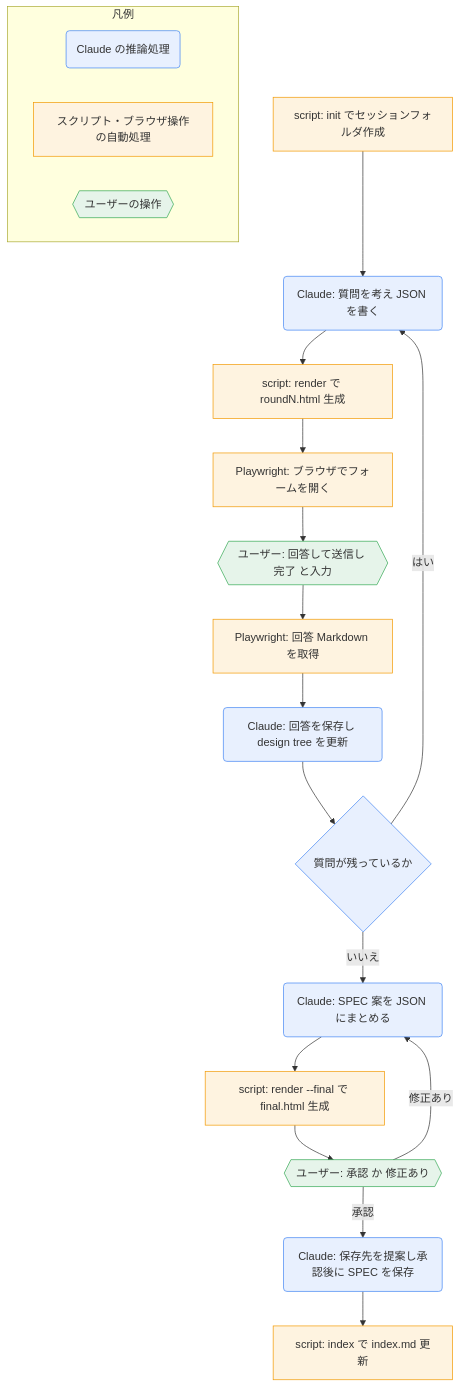
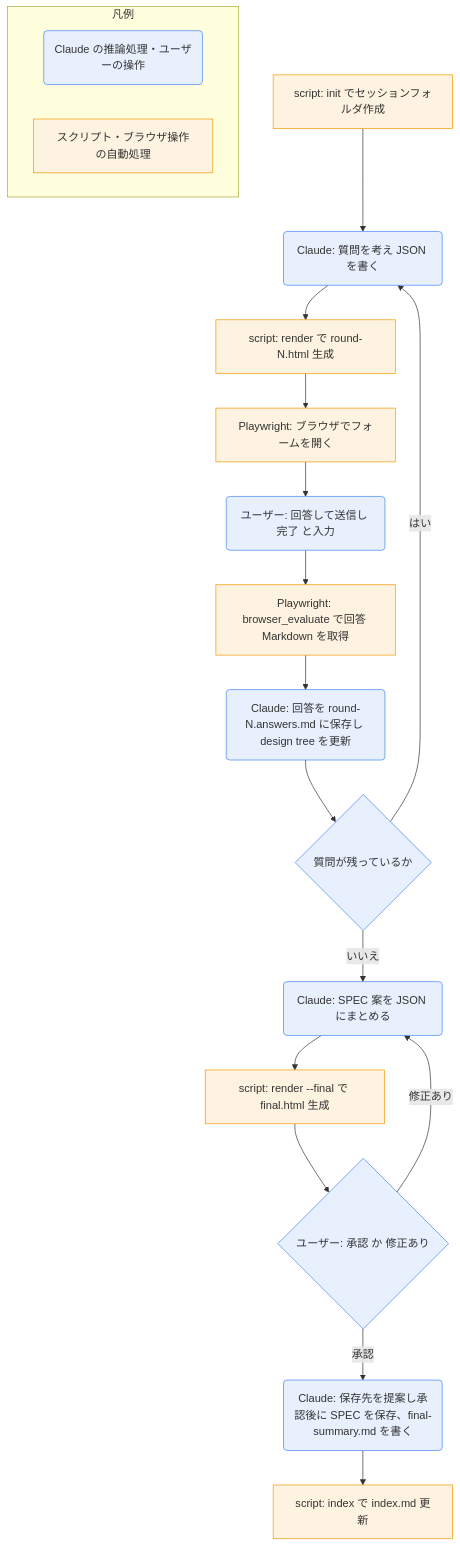
One commit to asama0101/obsidian-claude changed the diagram in 90_system/skill-docs/grilling-html.md. Above: the diagram before and after it, drawn with Mermaid. The commit also changed other lines of this file and 66 other files, not shown here.

````diff
--- a/90_system/skill-docs/grilling-html.md
+++ b/90_system/skill-docs/grilling-html.md
@@ -31,29 +33,25 @@
 ```mermaid
 flowchart TD
   S1[script: init でセッションフォルダ作成] --> T1(Claude: 質問を考え JSON を書く)
-  T1 --> S2[script: render で roundN.html 生成]
+  T1 --> S2[script: render で round-N.html 生成]
   S2 --> B1[Playwright: ブラウザでフォームを開く]
-  B1 --> U1{{ユーザー: 回答して送信し 完了 と入力}}
-  U1 --> B2[Playwright: 回答 Markdown を取得]
-  B2 --> T2(Claude: 回答を保存し design tree を更新)
+  B1 --> U1(ユーザー: 回答して送信し 完了 と入力)
+  U1 --> B2[Playwright: browser_evaluate で回答 Markdown を取得]
+  B2 --> T2(Claude: 回答を round-N.answers.md に保存し design tree を更新)
   T2 --> D1{質問が残っているか}
   D1 -- はい --> T1
   D1 -- いいえ --> T3(Claude: SPEC 案を JSON にまとめる)
   T3 --> S3[script: render --final で final.html 生成]
-  S3 --> U2{{ユーザー: 承認 か 修正あり}}
+  S3 --> U2{ユーザー: 承認 か 修正あり}
   U2 -- 修正あり --> T3
-  U2 -- 承認 --> T4(Claude: 保存先を提案し承認後に SPEC を保存)
+  U2 -- 承認 --> T4(Claude: 保存先を提案し承認後に SPEC を保存、final-summary.md を書く)
   T4 --> S4[script: index で index.md 更新]
-
   classDef ai fill:#e8f0fe,stroke:#4285f4
   classDef sc fill:#fef3e0,stroke:#f29900
-  classDef us fill:#e6f4ea,stroke:#34a853
-  class T1,T2,T3,T4,D1 ai
+  class T1,T2,T3,T4,D1,U1,U2 ai
   class S1,S2,S3,S4,B1,B2 sc
-  class U1,U2 us
   subgraph 凡例
-    L1(Claude の推論処理):::ai
+    L1(Claude の推論処理・ユーザーの操作):::ai
     L2[スクリプト・ブラウザ操作の自動処理]:::sc
-    L3{{ユーザーの操作}}:::us
   end
 ```
````
